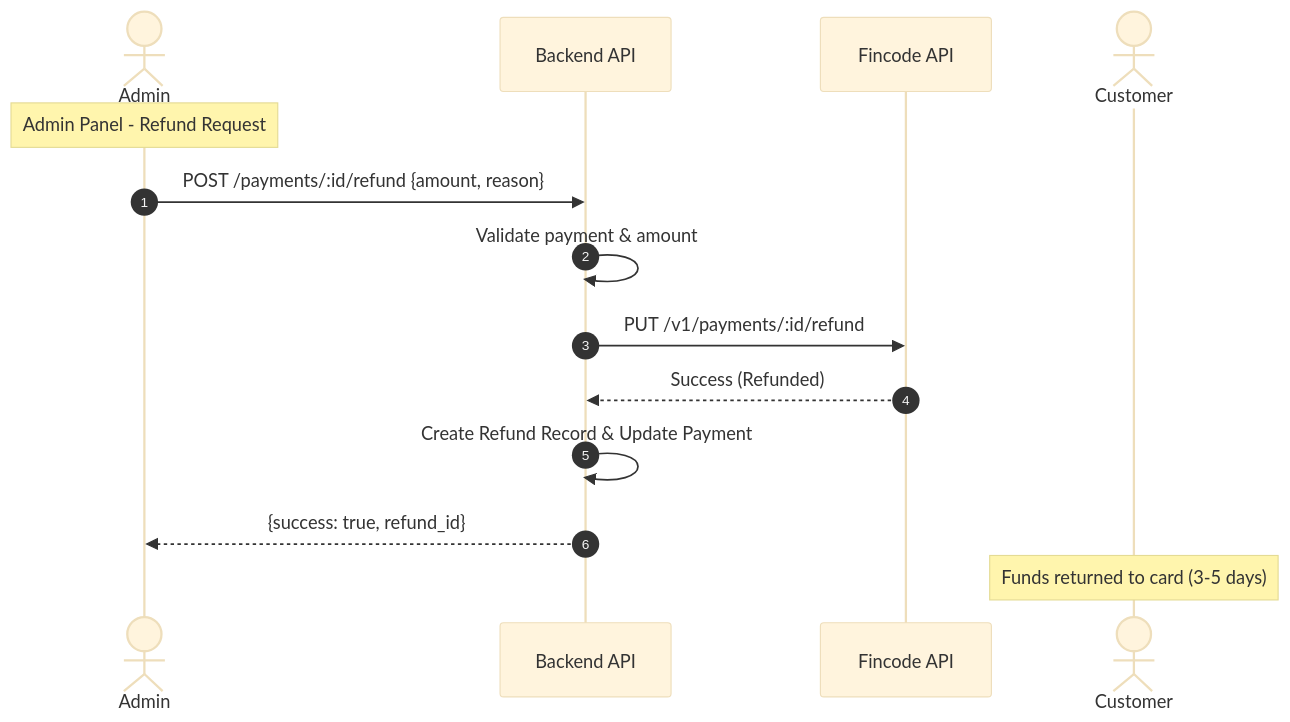
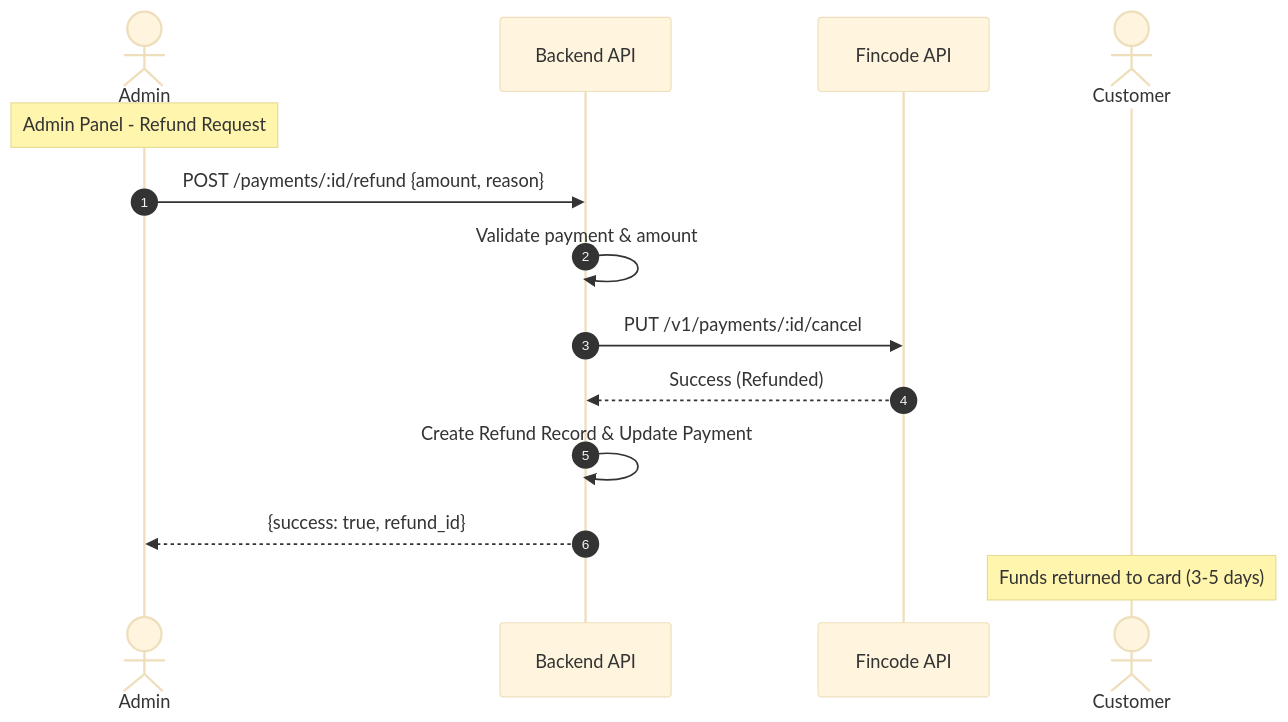
The second of 3 diagrams in fincode_payment_workflow.md (toilaloc/fincode_setup), drawn with Mermaid (base theme) before and after one commit. The commit also changed other lines of this file, not shown here.

````diff
--- a/fincode_payment_workflow.md
+++ b/fincode_payment_workflow.md
@@ -142,17 +161,17 @@
 ```mermaid
 sequenceDiagram
     autonumber
     actor Admin
     participant BE as Backend API
     participant FC as Fincode API
     actor Customer
 
     Note over Admin: Admin Panel - Refund Request
     Admin->>BE: POST /payments/:id/refund {amount, reason}
     BE->>BE: Validate payment & amount
-    BE->>FC: PUT /v1/payments/:id/refund
+    BE->>FC: PUT /v1/payments/:id/cancel
     FC-->>BE: Success (Refunded)
     BE->>BE: Create Refund Record & Update Payment
     BE-->>Admin: {success: true, refund_id}
     Note over Customer: Funds returned to card (3-5 days)
 ```
````
